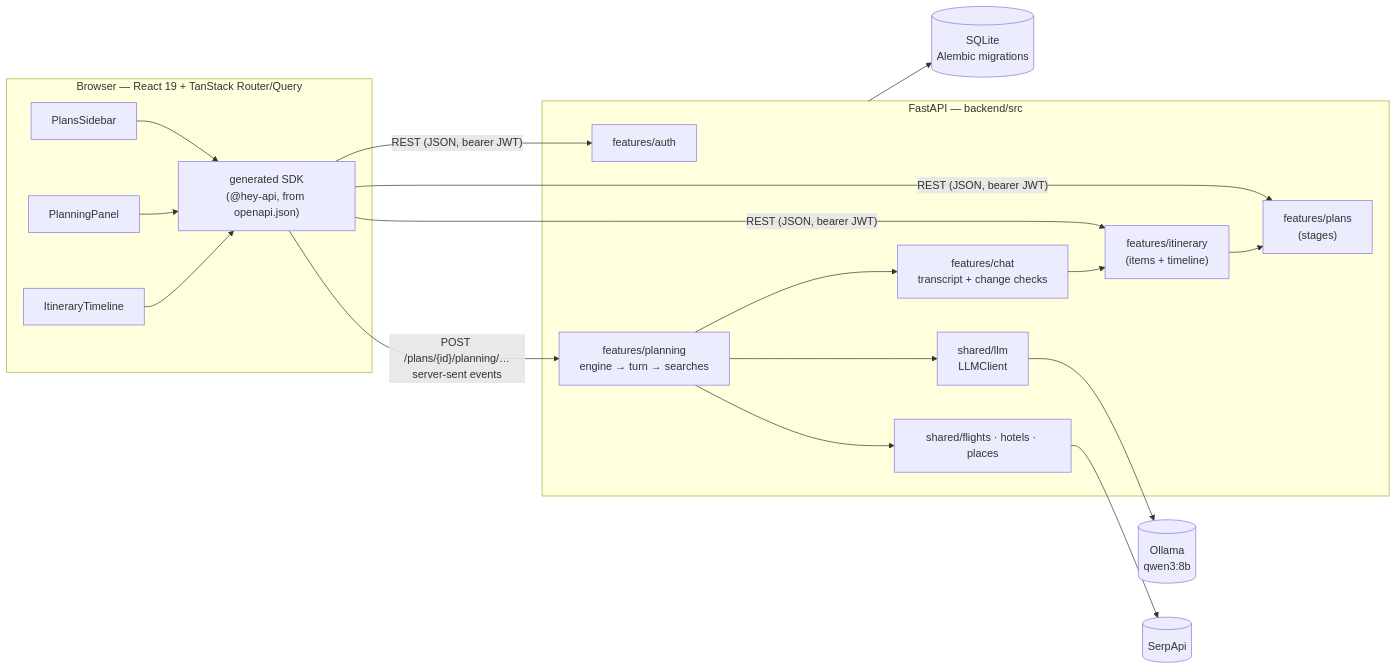
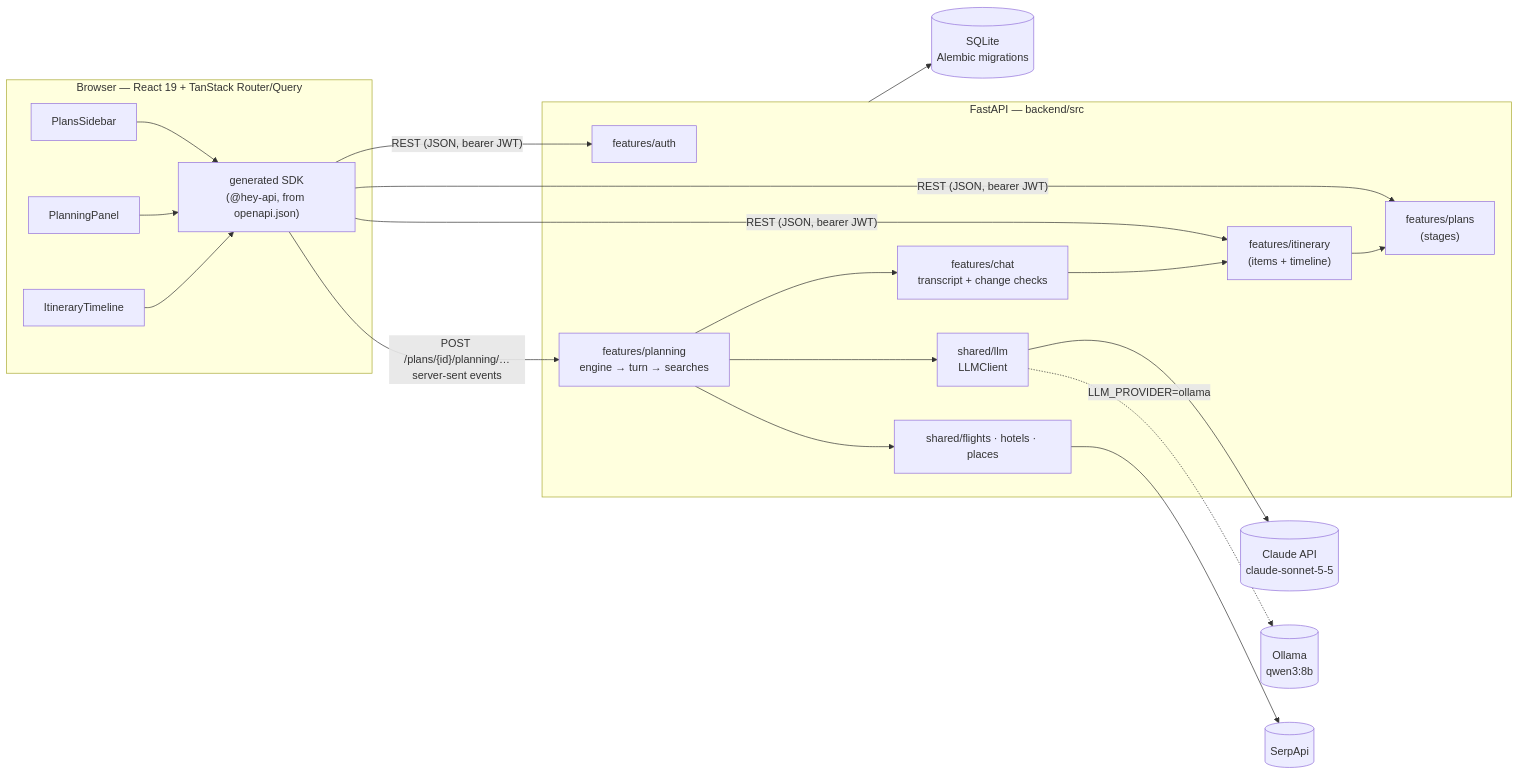
The diagram in README.md (rpoconn/travel-planner), drawn with Mermaid before and after one commit. The commit also changed other lines of this file and 12 other files, not shown here.

First line of the commit message:
Run the planner on Claude, with the provider and model set in .env

````diff
--- a/README.md
+++ b/README.md
@@ -18,29 +19,30 @@
 ```mermaid
 flowchart LR
     subgraph Browser["Browser — React 19 + TanStack Router/Query"]
         Sidebar[PlansSidebar]
         Panel[PlanningPanel]
         Timeline[ItineraryTimeline]
         SDK["generated SDK<br/>(@hey-api, from openapi.json)"]
         Sidebar & Panel & Timeline --> SDK
     end
 
     subgraph API["FastAPI — backend/src"]
         Auth[features/auth]
         Plans["features/plans<br/>(stages)"]
         Itinerary["features/itinerary<br/>(items + timeline)"]
         Planning["features/planning<br/>engine → turn → searches"]
         Chat["features/chat<br/>transcript + change checks"]
         LLM["shared/llm<br/>LLMClient"]
         Providers["shared/flights · hotels · places"]
         Planning --> Chat --> Itinerary --> Plans
         Planning --> LLM
         Planning --> Providers
     end
 
     SDK -- "REST (JSON, bearer JWT)" --> Auth & Plans & Itinerary
     SDK -- "POST /plans/{id}/planning/…<br/>server-sent events" --> Planning
-    LLM --> Ollama[("Ollama<br/>qwen3:8b")]
+    LLM --> Claude[("Claude API<br/>claude-sonnet-5-5")]
+    LLM -. "LLM_PROVIDER=ollama" .-> Ollama[("Ollama<br/>qwen3:8b")]
     Providers --> SerpApi[(SerpApi)]
     API --> DB[("SQLite<br/>Alembic migrations")]
 ```
````
